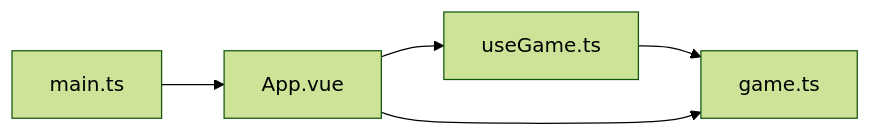
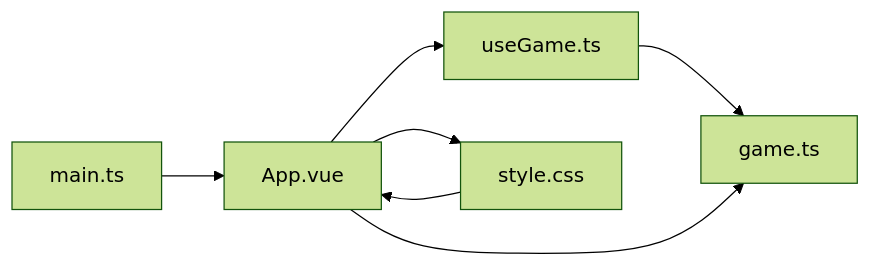
One commit to mrancc/reimagined-journey changed the fifth of 5 diagrams in .qoder/repowiki/zh/content/核心架构/Vue 组件架构.md. Above: the diagram before and after it, drawn with Mermaid (forest theme). The commit also changed other lines of this file and 11 other files, not shown here.

````diff
--- a/.qoder/repowiki/zh/content/核心架构/Vue 组件架构.md
+++ b/.qoder/repowiki/zh/content/核心架构/Vue 组件架构.md
@@ -231,7 +297,9 @@
 ```mermaid
 graph LR
 M["main.ts"] --> A["App.vue"]
 A --> U["useGame.ts"]
+A --> S["style.css"]
 U --> T["game.ts"]
 A --> T
+S --> A
 ```
````
